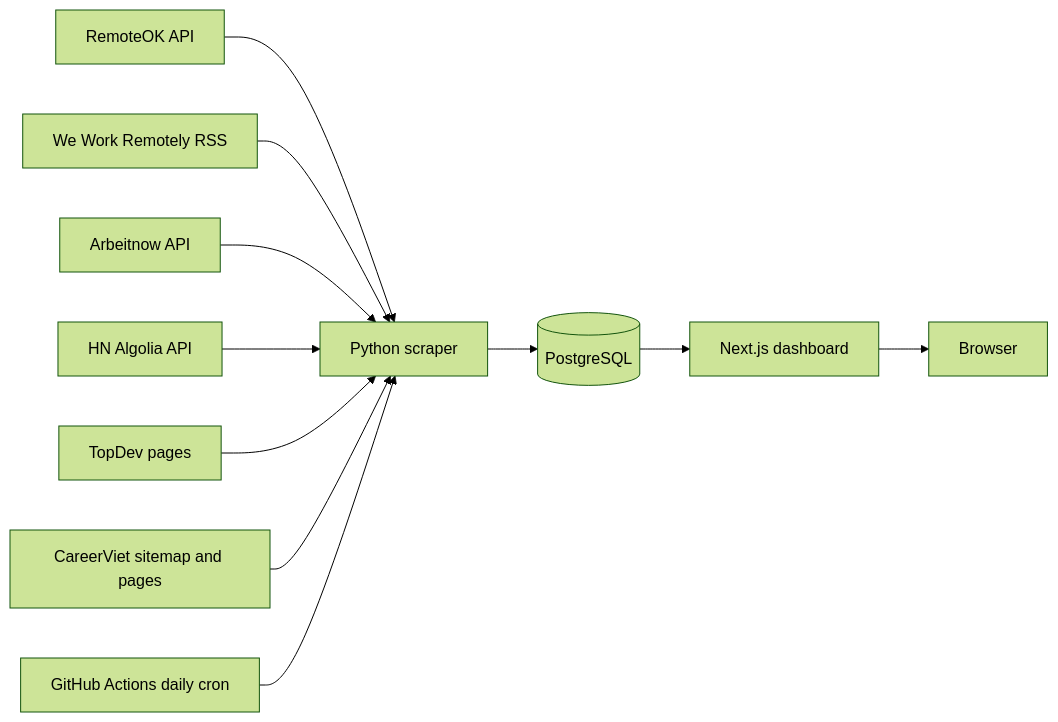
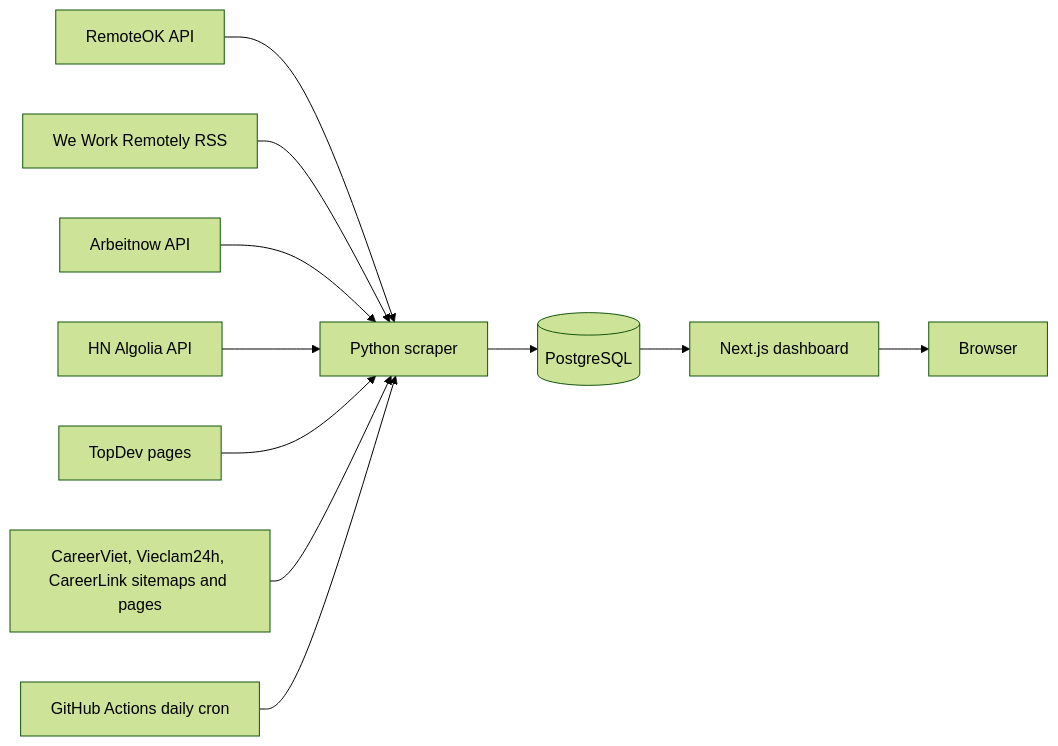
The diagram in README.md (nguyen-duong-tien-phat/job-radar), drawn with Mermaid (forest theme) before and after one commit. The commit also changed other lines of this file and 29 other files, not shown here.

First line of the commit message:
Add Vieclam24h and CareerLink, widen TopDev; document unreadable Vietnamese sites

````diff
--- a/README.md
+++ b/README.md
@@ -38,13 +38,13 @@
 ```mermaid
 flowchart LR
   A[RemoteOK API] --> S[Python scraper]
   B[We Work Remotely RSS] --> S
   C[Arbeitnow API] --> S
   D[HN Algolia API] --> S
   E[TopDev pages] --> S
-  F[CareerViet sitemap and pages] --> S
+  F[CareerViet, Vieclam24h, CareerLink sitemaps and pages] --> S
   CRON[GitHub Actions daily cron] --> S
   S --> DB[(PostgreSQL)]
   DB --> W[Next.js dashboard]
   W --> U[Browser]
 ```
````
